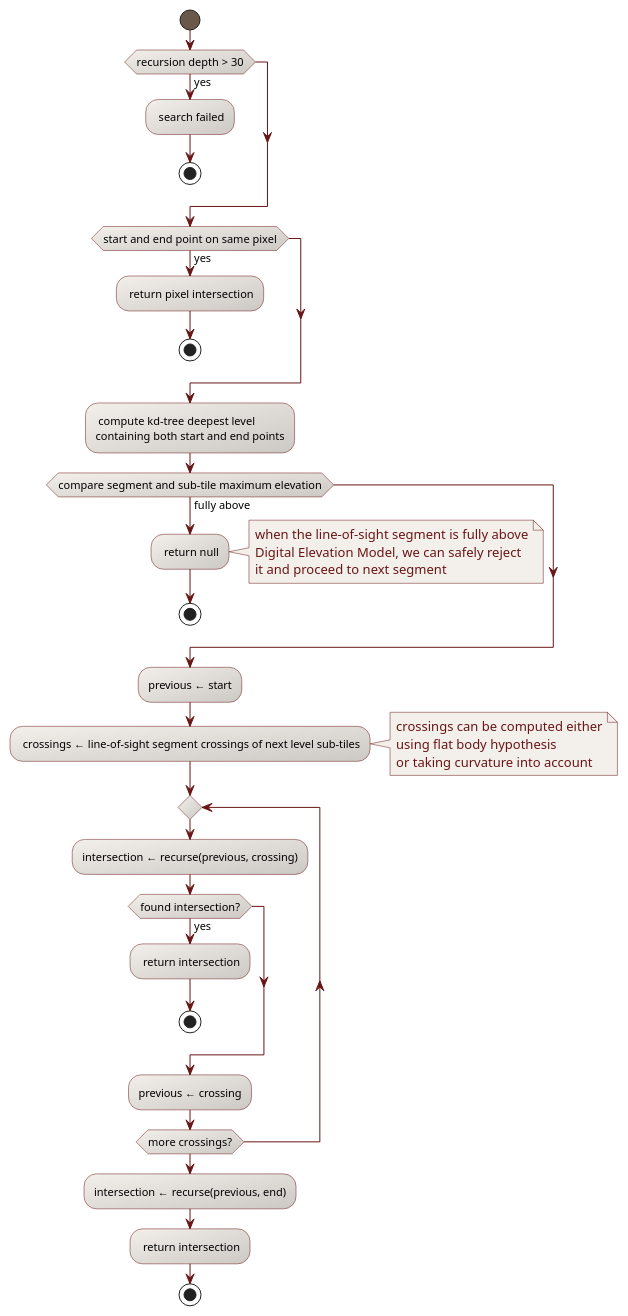
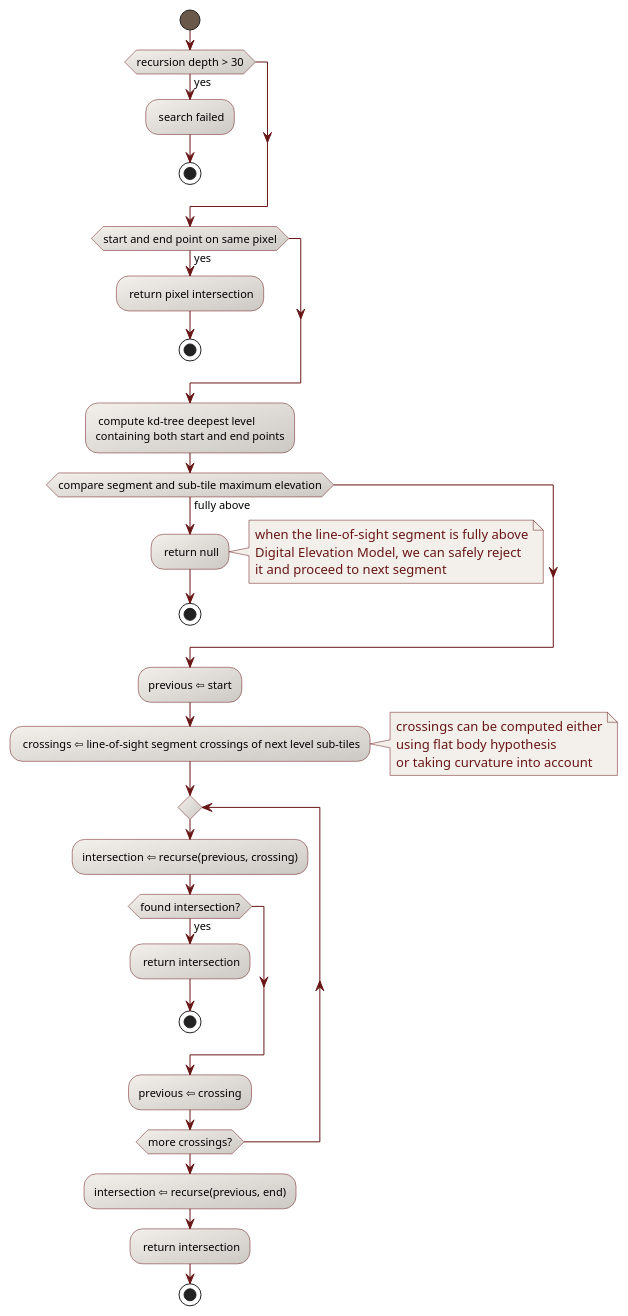
The diagram in design/duvenhage-inner-recursion-activity-diagram.puml (CS-SI/Rugged), drawn with PlantUML before and after one commit. The commit also changed 1 other file, not shown here.

Commit message:
Changed arrows in activity diagrams.

```diff
--- a/design/duvenhage-inner-recursion-activity-diagram.puml
+++ b/design/duvenhage-inner-recursion-activity-diagram.puml
@@ -17,53 +17,53 @@
 @startuml
 
   skinparam svek                                true
   skinparam NoteBackgroundColor                 #F3EFEB
   skinparam NoteBorderColor                     #691616
   skinparam NoteFontColor                       #691616
   skinparam ActivityStartColor                  #6A584B
   skinparam ActivityEndColor                    #6A584B
   skinparam ActivityBarColor                    #6A584B
   skinparam ActivityBorderColor                 #691616
   skinparam ActivityBackgroundColor             #F3EFEB/CCC9C5
   skinparam ActivityArrowColor                  #691616
   skinparam ActivityFontSize                    11
 
   start
   if (recursion depth > 30) then (yes)
     : search failed;
     stop
   endif
   if (start and end point on same pixel) then (yes)
     : return pixel intersection;
     stop
   endif
   : compute kd-tree deepest level\ncontaining both start and end points;
   if (compare segment and sub-tile maximum elevation) then (fully above)
     : return null;
     note right
       when the line-of-sight segment is fully above
       Digital Elevation Model, we can safely reject
       it and proceed to next segment
     end note
     stop
   endif
-  :previous ← start;
-  : crossings ← line-of-sight segment crossings of next level sub-tiles;
+  :previous ⇦ start;
+  : crossings ⇦ line-of-sight segment crossings of next level sub-tiles;
   note right
     crossings can be computed either
     using flat body hypothesis
     or taking curvature into account
   end note
   repeat
-    :intersection ← recurse(previous, crossing);
+    :intersection ⇦ recurse(previous, crossing);
     if (found intersection?) then (yes)
       : return intersection;
       stop
     endif
-    :previous ← crossing;
+    :previous ⇦ crossing;
   repeat while (more crossings?)
-  :intersection ← recurse(previous, end);
+  :intersection ⇦ recurse(previous, end);
   : return intersection;
   stop
 
 @enduml
```
